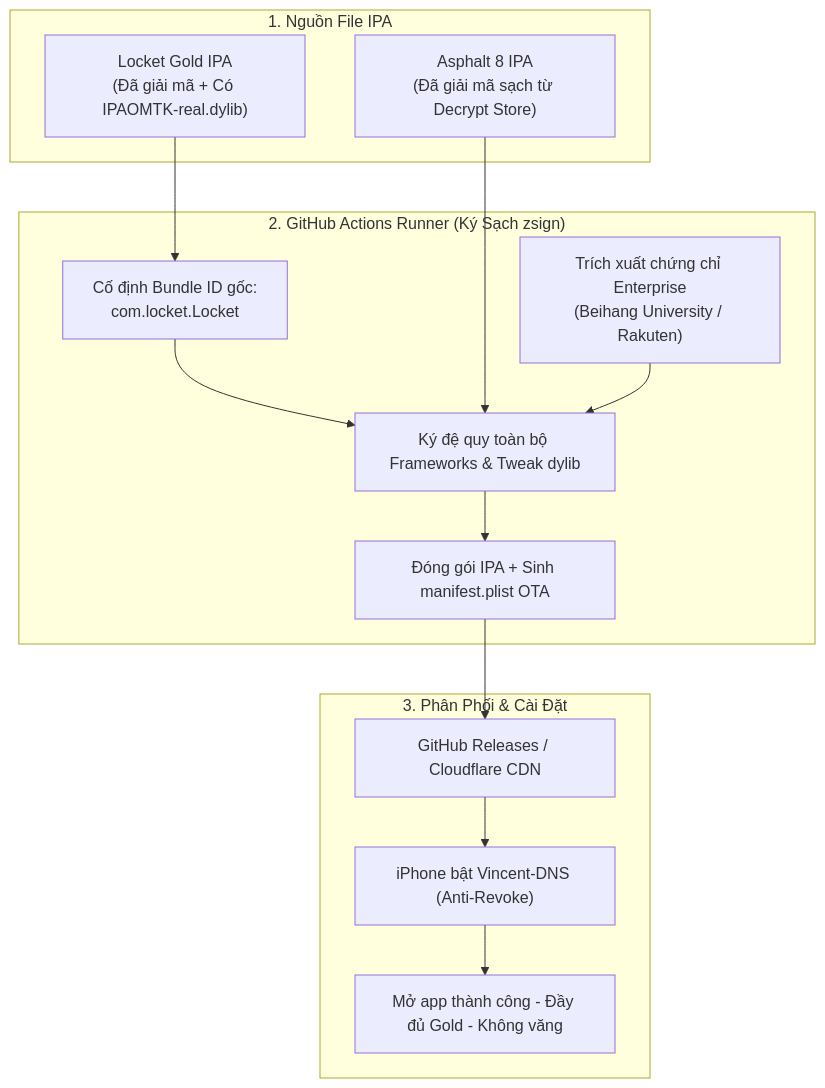
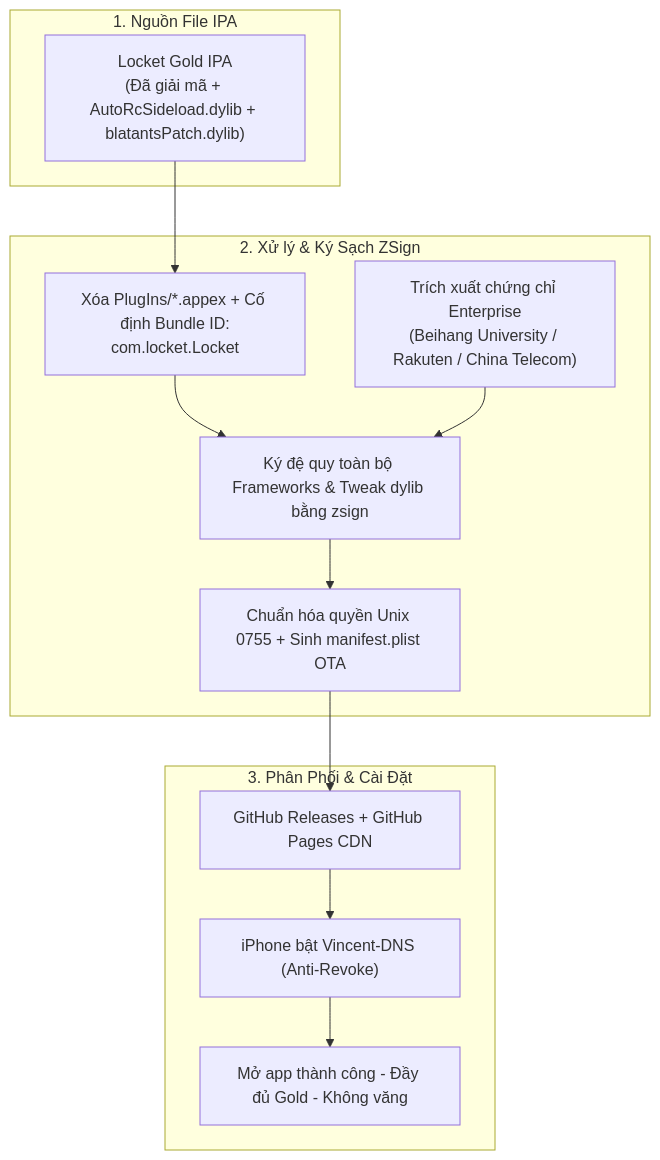
The diagram in PLAN.md (manhcuong2112003/Locket_by_Vincent), drawn with Mermaid before and after one commit. The commit also changed other lines of this file and 7 other files, not shown here.

Commit message:
chore: remove all game files and focus portal 100% on Locket Gold

````diff
--- a/PLAN.md
+++ b/PLAN.md
@@ -30,27 +28,25 @@
 ```mermaid
 flowchart TD
     subgraph S1 ["1. Nguồn File IPA"]
-        A1["Locket Gold IPA<br/>(Đã giải mã + Có IPAOMTK-real.dylib)"]
-        A2["Asphalt 8 IPA<br/>(Đã giải mã sạch từ Decrypt Store)"]
+        A1["Locket Gold IPA<br/>(Đã giải mã + AutoRcSideload.dylib + blatantsPatch.dylib)"]
     end
 
-    subgraph S2 ["2. GitHub Actions Runner (Ký Sạch zsign)"]
-        B1["Trích xuất chứng chỉ Enterprise<br/>(Beihang University / Rakuten)"]
-        B2["Cố định Bundle ID gốc:<br/>com.locket.Locket"]
-        B3["Ký đệ quy toàn bộ Frameworks & Tweak dylib"]
-        B4["Đóng gói IPA + Sinh manifest.plist OTA"]
+    subgraph S2 ["2. Xử lý & Ký Sạch ZSign"]
+        B1["Trích xuất chứng chỉ Enterprise<br/>(Beihang University / Rakuten / China Telecom)"]
+        B2["Xóa PlugIns/*.appex + Cố định Bundle ID:<br/>com.locket.Locket"]
+        B3["Ký đệ quy toàn bộ Frameworks & Tweak dylib bằng zsign"]
+        B4["Chuẩn hóa quyền Unix 0755 + Sinh manifest.plist OTA"]
     end
 
     subgraph S3 ["3. Phân Phối & Cài Đặt"]
-        C1["GitHub Releases / Cloudflare CDN"]
+        C1["GitHub Releases + GitHub Pages CDN"]
         C2["iPhone bật Vincent-DNS (Anti-Revoke)"]
         C3["Mở app thành công - Đầy đủ Gold - Không văng"]
     end
 
     A1 --> B2 --> B3
-    A2 --> B3
     B1 --> B3
     B3 --> B4
     B4 --> C1
     C1 --> C2 --> C3
 ```
````
